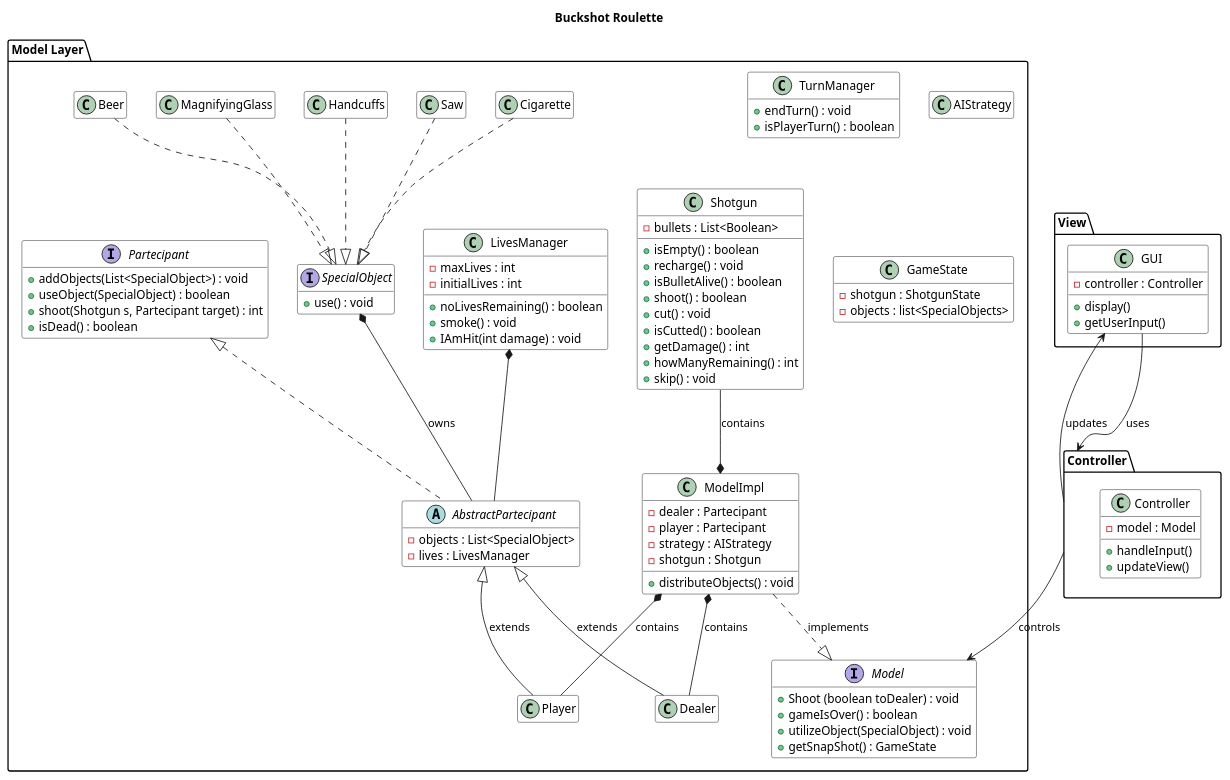
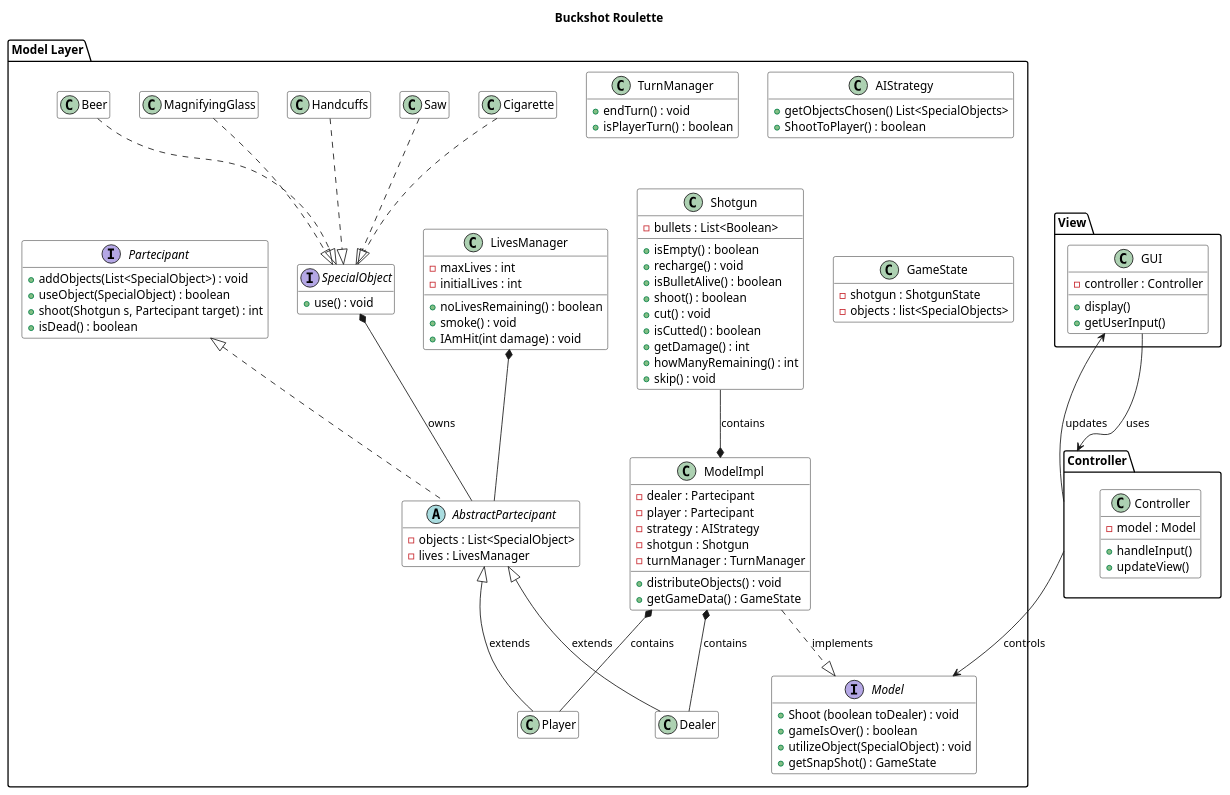
Before and after one commit to Farios0/BuckShot-OOP: the diagram in Broulette-master/docs/UML/UML.puml, drawn with PlantUML.

Commit message:
modified the UML

```diff
--- a/Broulette-master/docs/UML/UML.puml
+++ b/Broulette-master/docs/UML/UML.puml
@@ -1,146 +1,149 @@
 @startuml Buckshot Roulette
 title Buckshot Roulette
 skinparam {
   ClassBackgroundColor White
   ClassBorderColor Black
   FontSize 12
   TitleFontSize 14
   TitleFontStyle bold
 }
 
 hide empty members
 
 package "Model Layer" {
     interface Model {
         + Shoot (boolean toDealer) : void
         + gameIsOver() : boolean
         + utilizeObject(SpecialObject) : void
         + getSnapShot() : GameState
     }
   
     class ModelImpl {
         + distributeObjects() : void
+        + getGameData() : GameState
         - dealer : Partecipant
         - player : Partecipant
         - strategy : AIStrategy
         - shotgun : Shotgun
+        - turnManager : TurnManager
     }
   
     ModelImpl ..|> Model : implements
 
 
 
     interface Partecipant {
         + addObjects(List<SpecialObject>) : void
         + useObject(SpecialObject) : boolean
         + shoot(Shotgun s, Partecipant target) : int
         + isDead() : boolean
     }
 
     abstract class AbstractPartecipant  {
         - objects : List<SpecialObject>
         - lives : LivesManager 
     }
 
     class TurnManager {
       + endTurn() : void
       + isPlayerTurn() : boolean
     }
     
     class Dealer {
         
     }
     
     class Player {
         
     }
     
     AbstractPartecipant <|-- Dealer : extends
     AbstractPartecipant <|-- Player : extends
     Partecipant <|.. AbstractPartecipant
 
     interface SpecialObject {
     + use() : void
     }
 
     class LivesManager {
         - maxLives : int
         - initialLives : int
         + noLivesRemaining() : boolean
         + smoke() : void
         + IAmHit(int damage) : void
     }
 
     class Shotgun {
         - bullets : List<Boolean>
         + isEmpty() : boolean
         + recharge() : void
         + isBulletAlive() : boolean
         + shoot() : boolean
         + cut() : void
         + isCutted() : boolean
         + getDamage() : int
         + howManyRemaining() : int
         + skip() : void
     }
 
     Class AIStrategy {
-
+       + getObjectsChosen() List<SpecialObjects>
+       + ShootToPlayer() : boolean
     }
     
     class GameState {
         - shotgun : ShotgunState
         - objects : list<SpecialObjects>
     }
 
     class Beer {
 
     }
 
     class Cigarette {
 
     }
 
     class Saw {
 
     }
 
     class Handcuffs {
 
     }
 
     class MagnifyingGlass {
 
     }
 }
 package "Controller" {
   class Controller {
     - model : Model
     + handleInput()
     + updateView()
   }
 }  
 
 package "View" {
   class GUI {
     - controller : Controller
     + display()
     + getUserInput()
   }
 }
 
 ModelImpl *-- Dealer : contains
 ModelImpl *-- Player : contains
 SpecialObject *-- AbstractPartecipant : owns
 LivesManager *-- AbstractPartecipant
 Controller --> Model : controls
 GUI --> Controller : uses
 Controller --> GUI : updates
 ModelImpl *--up Shotgun : contains
 Beer ..|> SpecialObject
 Handcuffs ..|> SpecialObject
 Cigarette ..|> SpecialObject
 MagnifyingGlass ..|> SpecialObject
 Saw ..|> SpecialObject
 
 @enduml
```
